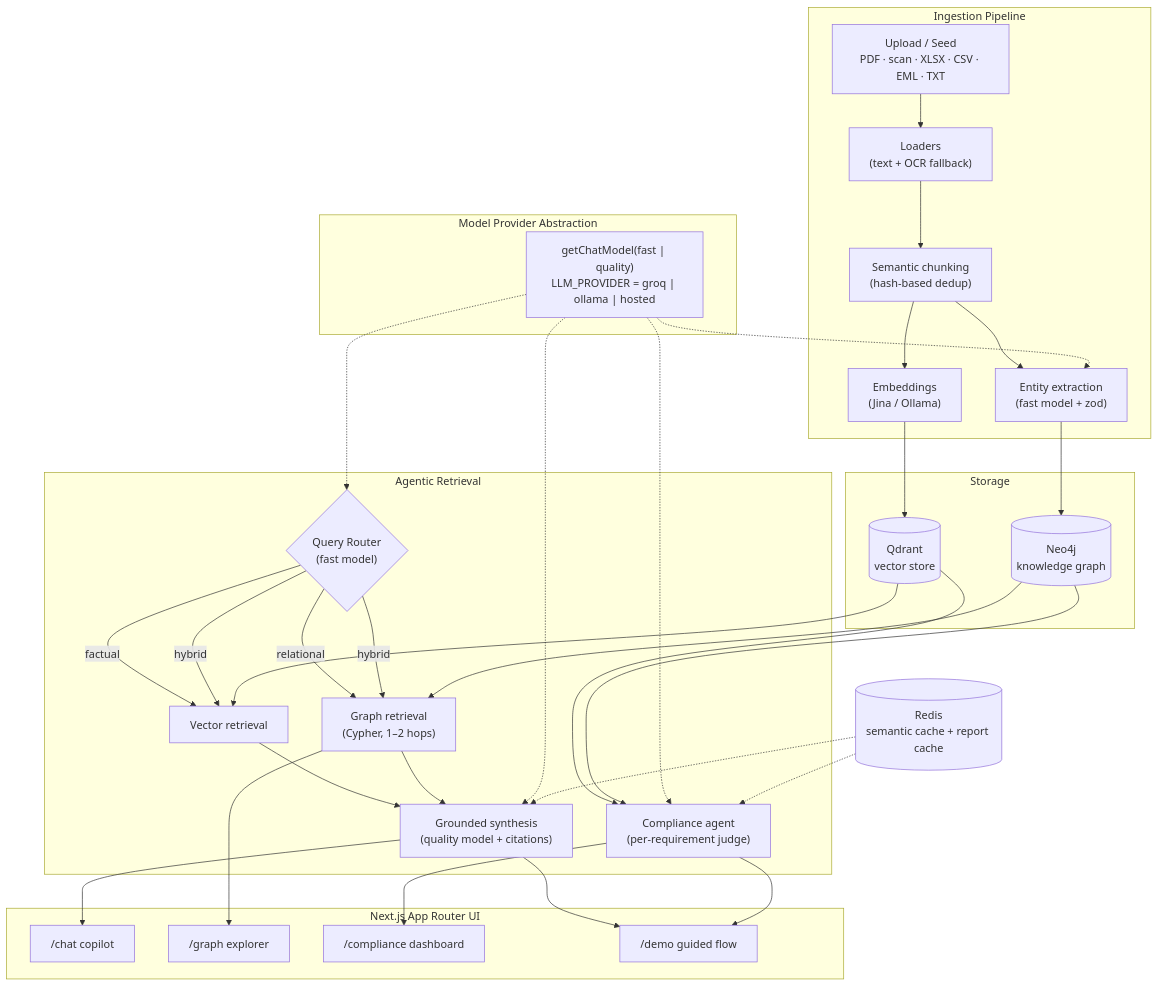
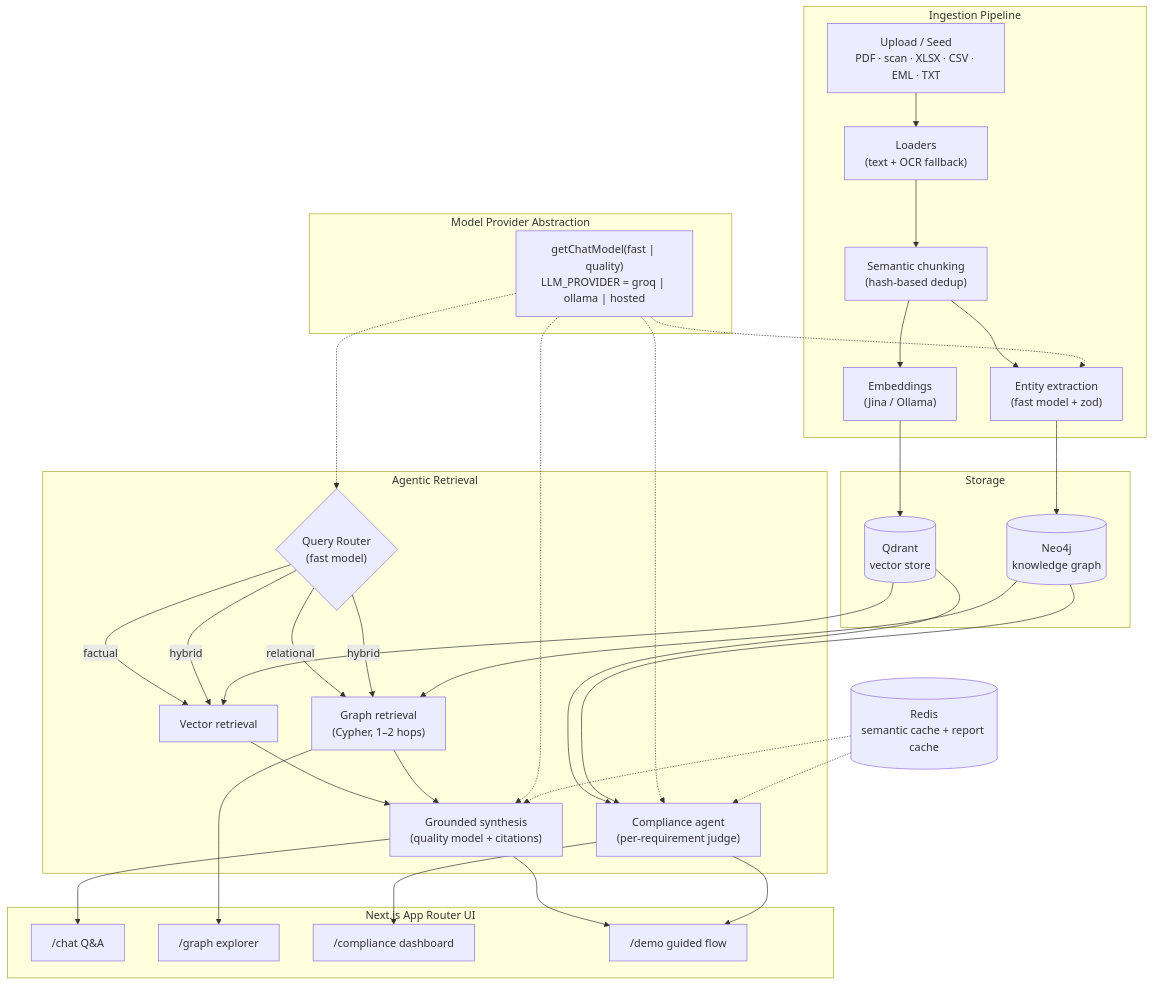
One commit to tanmay7264/industrial-knowledge-intelligence changed the diagram in docs/architecture.md. Above: the diagram before and after it, drawn with Mermaid. The commit also changed other lines of this file and 7 other files, not shown here.

````diff
--- a/docs/architecture.md
+++ b/docs/architecture.md
@@ -9,62 +9,62 @@
 ```mermaid
 flowchart TB
     subgraph Ingest["Ingestion Pipeline"]
         U["Upload / Seed<br/>PDF · scan · XLSX · CSV · EML · TXT"]
         L["Loaders<br/>(text + OCR fallback)"]
         C["Semantic chunking<br/>(hash-based dedup)"]
         E["Entity extraction<br/>(fast model + zod)"]
         EM["Embeddings<br/>(Jina / Ollama)"]
         U --> L --> C --> E
         C --> EM
     end
 
     subgraph Stores["Storage"]
         Q[("Qdrant<br/>vector store")]
         N[("Neo4j<br/>knowledge graph")]
     end
 
     E --> N
     EM --> Q
 
     subgraph Retrieval["Agentic Retrieval"]
         R{"Query Router<br/>(fast model)"}
         V["Vector retrieval"]
         G["Graph retrieval<br/>(Cypher, 1–2 hops)"]
         CA["Compliance agent<br/>(per-requirement judge)"]
         R -->|factual| V
         R -->|relational| G
         R -->|hybrid| V
         R -->|hybrid| G
         V --> S["Grounded synthesis<br/>(quality model + citations)"]
         G --> S
     end
 
     Q --> V
     N --> G
     Q --> CA
     N --> CA
 
     subgraph Provider["Model Provider Abstraction"]
         P["getChatModel(fast | quality)<br/>LLM_PROVIDER = groq | ollama | hosted"]
     end
     P -.-> E
     P -.-> R
     P -.-> S
     P -.-> CA
 
     subgraph UI["Next.js App Router UI"]
-        UIc["/chat copilot"]
+        UIc["/chat Q&A"]
         UIg["/graph explorer"]
         UIk["/compliance dashboard"]
         UId["/demo guided flow"]
     end
 
     S --> UIc
     G --> UIg
     CA --> UIk
     S --> UId
     CA --> UId
 
     Cache[("Redis<br/>semantic cache + report cache")] -.-> S
     Cache -.-> CA
 ```
````
